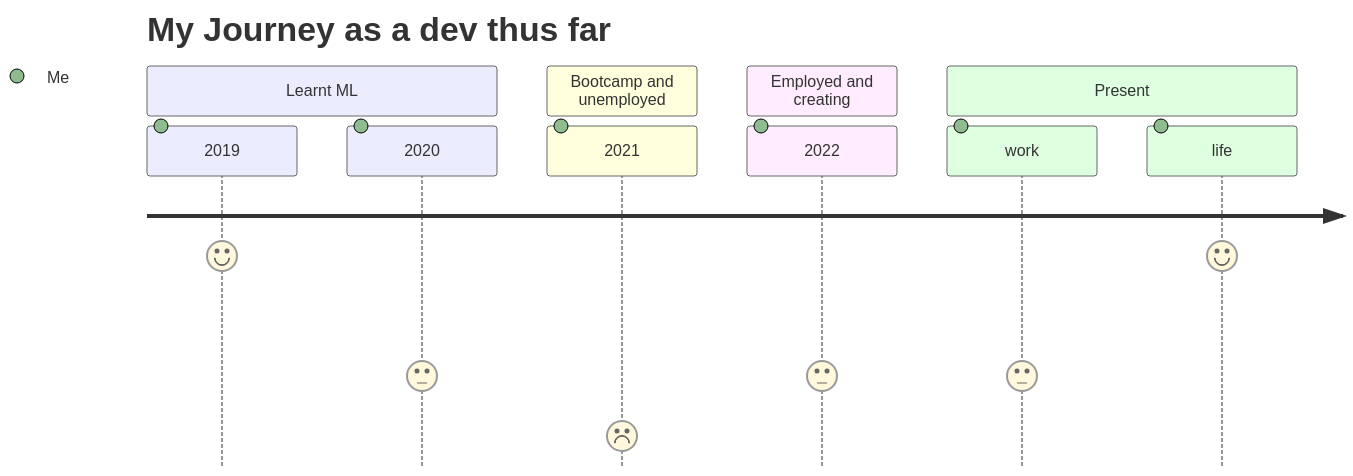
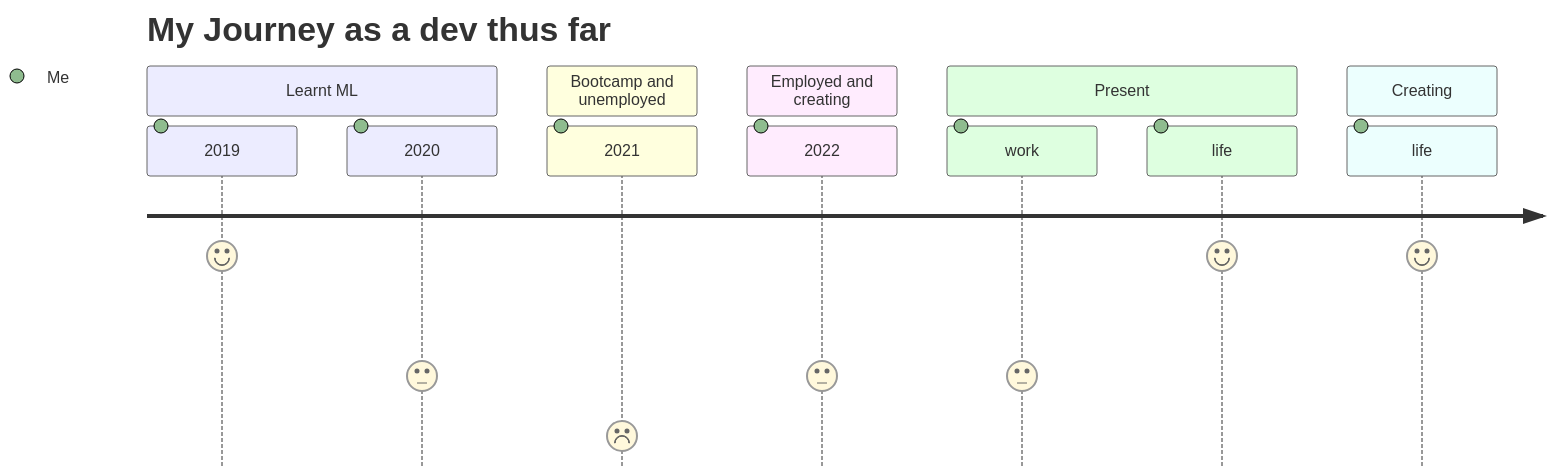
Before and after one commit to chocomeowy/chocomeowy: the diagram in README.md, drawn with Mermaid.

````diff
--- a/README.md
+++ b/README.md
@@ -13,14 +13,16 @@
 ```mermaid
   journey
     title My Journey as a dev thus far
     section Learnt ML
       2019: 7: Me
       2020: 3: Me
     section Bootcamp and unemployed
       2021: 1: Me
     section Employed and creating
       2022: 3: Me
     section Present
       work: 3: Me
       life: 7: Me
+    section Creating
+      life: 7: Me
 ```
````
